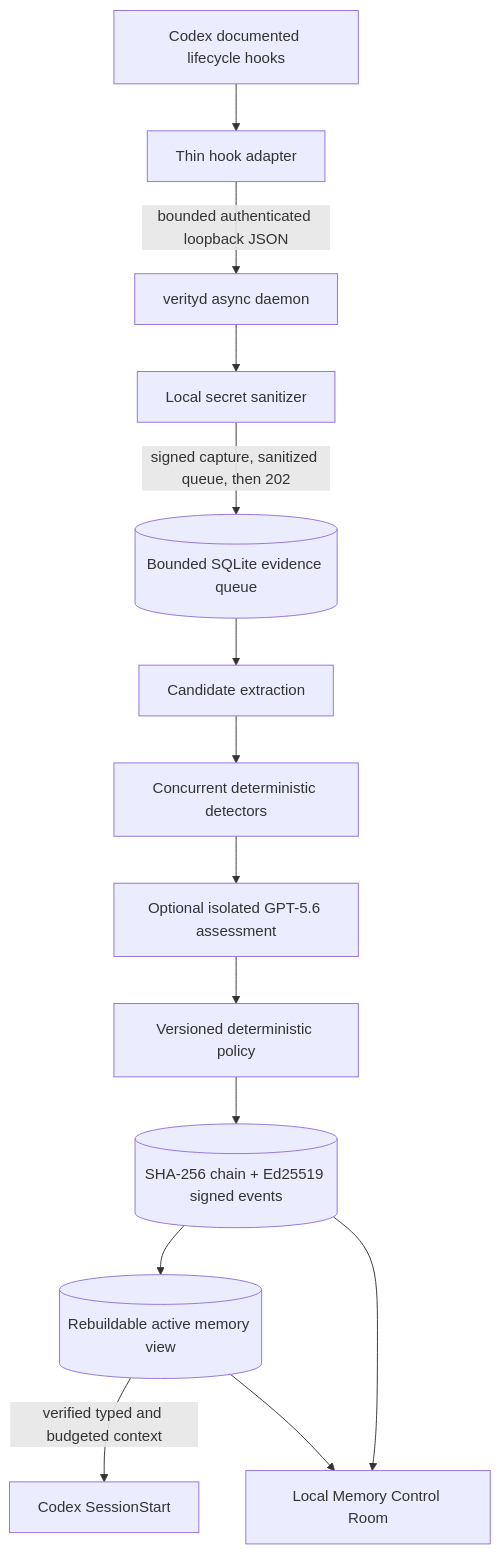
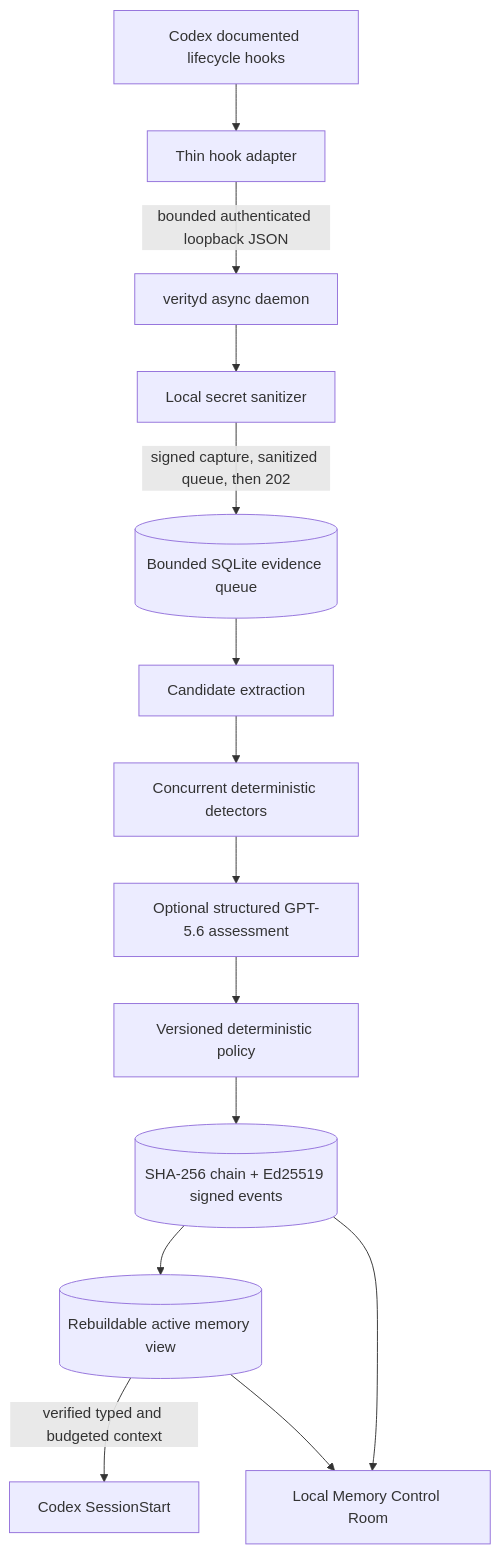
The diagram in README.md (MahdiHedhli/verity-cordon), drawn with Mermaid before and after one commit. The commit also changed other lines of this file and 47 other files, not shown here.

````diff
--- a/README.md
+++ b/README.md
@@ -48,16 +48,16 @@
 ```mermaid
 flowchart TD
     A[Codex documented lifecycle hooks] --> B[Thin hook adapter]
     B -->|bounded authenticated loopback JSON| D[verityd async daemon]
     D --> S[Local secret sanitizer]
     S -->|signed capture, sanitized queue, then 202| Q[(Bounded SQLite evidence queue)]
     Q --> X[Candidate extraction]
     X --> F[Concurrent deterministic detectors]
-    F --> G[Optional isolated GPT-5.6 assessment]
+    F --> G[Optional structured GPT-5.6 assessment]
     G --> P[Versioned deterministic policy]
     P --> L[(SHA-256 chain + Ed25519 signed events)]
     L --> M[(Rebuildable active memory view)]
     M -->|verified typed and budgeted context| C[Codex SessionStart]
     L --> U[Local Memory Control Room]
     M --> U
 ```
````
